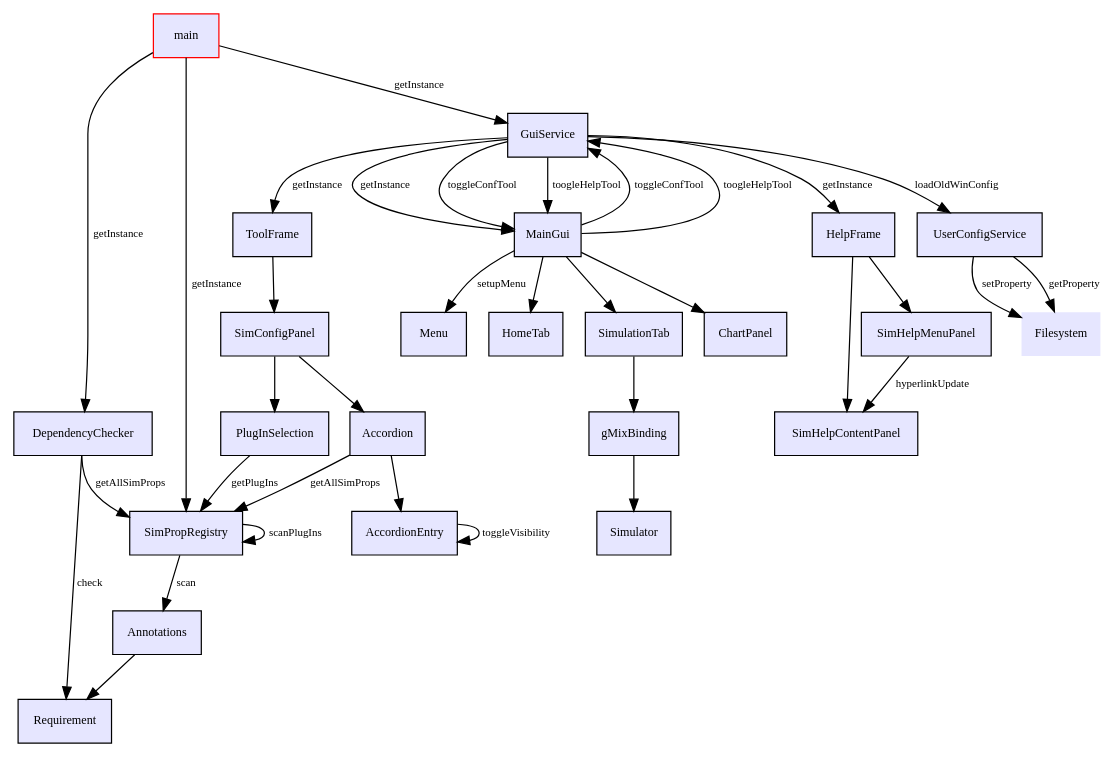
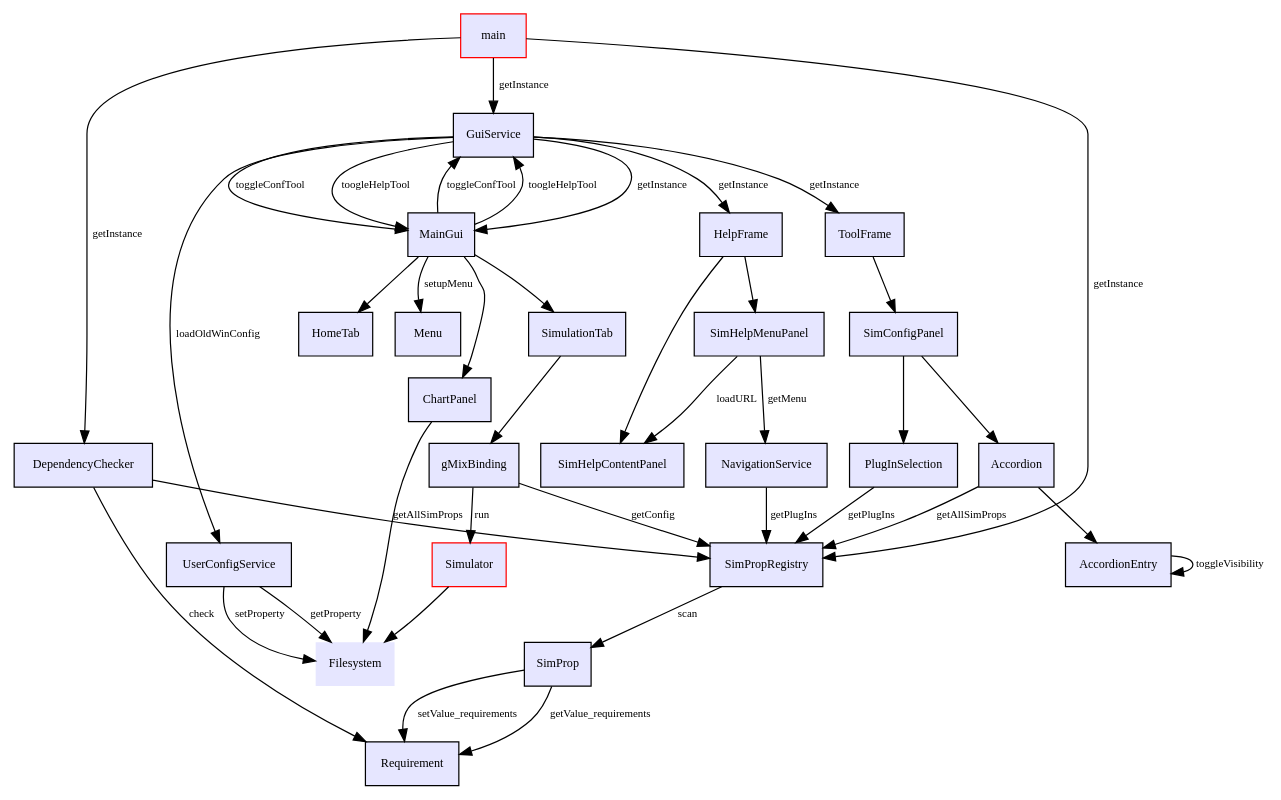
The diagram in doc/dot/arch.dot (abeifuss/simgui), drawn with Graphviz before and after one commit. The commit also changed 1 other file, not shown here.

```diff
--- a/doc/dot/arch.dot
+++ b/doc/dot/arch.dot
@@ -1,77 +1,82 @@
 digraph G {
 node [fontname=Verdana,fontsize=10]
 node [style=filled]
 node [fillcolor="#e6e6ff"]
 node [color="#e6e6ff"]
 edge [fontname=Verdana,color="#000000"]
 
 main [shape=box, color=red]
 SimPropRegistry [shape=box, color=black]
 DependencyChecker [shape=box, color=black]
-Annotations [shape=box, color=black]
+SimProp [shape=box, color=black]
 Requirement [shape=box, color=black]
 GuiService [shape=box, color=black]
 MainGui [shape=box, color=black]
 ToolFrame [shape=box, color=black]
 HelpFrame [shape=box, color=black]
 SimHelpContentPanel [shape=box, color=black]
 SimHelpMenuPanel [shape=box, color=black]
+NavigationService [shape=box, color=black]
 SimConfigPanel [shape=box, color=black]
 PlugInSelection [shape=box, color=black]
 Accordion [shape=box, color=black]
 AccordionEntry [shape=box, color=black]
 Menu [shape=box, color=black]
 HomeTab [shape=box, color=black]
 SimulationTab [shape=box, color=black]
 ChartPanel [shape=box, color=black]
 UserConfigService [shape=box, color=black]
 gMixBinding [shape=box, color=black]
-Simulator [shape=box, color=black]
+Simulator [shape=box, color=red]
 
 Filesystem [shape=DatabaseShape,peripheries=0,color=black];
 
 main -> SimPropRegistry [label="getInstance",fontsize=9]
 main -> DependencyChecker [label="getInstance",fontsize=9]
 main -> GuiService [label="getInstance",fontsize=9]
 
-SimPropRegistry -> Annotations [label="scan",fontsize=9]
-SimPropRegistry -> SimPropRegistry [label="scanPlugIns",fontsize=9]
-Annotations -> Requirement
+SimPropRegistry -> SimProp [label="scan",fontsize=9]
+SimProp -> Requirement [label="getValue_requirements",fontsize=9]
+SimProp -> Requirement [label="setValue_requirements",fontsize=9]
 
 DependencyChecker -> SimPropRegistry [label="getAllSimProps",fontsize=9]
 DependencyChecker -> Requirement [label="check",fontsize=9]
 
 GuiService -> MainGui [label="getInstance",fontsize=9]
 GuiService -> ToolFrame [label="getInstance",fontsize=9]
 GuiService -> HelpFrame [label="getInstance",fontsize=9]
 GuiService -> UserConfigService [label="loadOldWinConfig",fontsize=9]
 GuiService -> MainGui [label="toggleConfTool",fontsize=9]
 GuiService -> MainGui [label="toogleHelpTool",fontsize=9]
 
 ToolFrame -> SimConfigPanel
 SimConfigPanel -> PlugInSelection
 SimConfigPanel -> Accordion 
 
 PlugInSelection -> SimPropRegistry [label="getPlugIns",fontsize=9]
 Accordion -> SimPropRegistry [label="getAllSimProps",fontsize=9]
 Accordion -> AccordionEntry
 AccordionEntry -> AccordionEntry [label="toggleVisibility",fontsize=9]
 
 HelpFrame -> SimHelpContentPanel
 HelpFrame -> SimHelpMenuPanel
-SimHelpMenuPanel -> SimHelpContentPanel [label="hyperlinkUpdate",fontsize=9]
+SimHelpMenuPanel -> SimHelpContentPanel [label="loadURL",fontsize=9]
+SimHelpMenuPanel -> NavigationService [label="getMenu",fontsize=9]
+NavigationService -> SimPropRegistry [label="getPlugIns",fontsize=9]
 
 MainGui -> GuiService [label="toggleConfTool",fontsize=9]
 MainGui -> GuiService [label="toogleHelpTool",fontsize=9]
 MainGui -> Menu [label="setupMenu",fontsize=9]
 MainGui -> HomeTab
 MainGui -> SimulationTab
 MainGui -> ChartPanel
 
 UserConfigService -> Filesystem [label="setProperty",fontsize=9]
 UserConfigService -> Filesystem [label="getProperty",fontsize=9]
 
 SimulationTab -> gMixBinding
-gMixBinding -> Simulator
-
+gMixBinding -> SimPropRegistry [label="getConfig",fontsize=9]
+gMixBinding -> Simulator [label="run",fontsize=9]
+Simulator -> Filesystem
+ChartPanel -> Filesystem
 }
```
